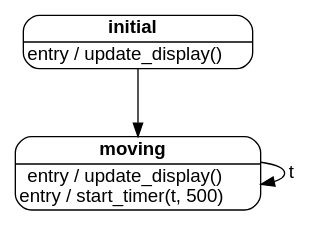
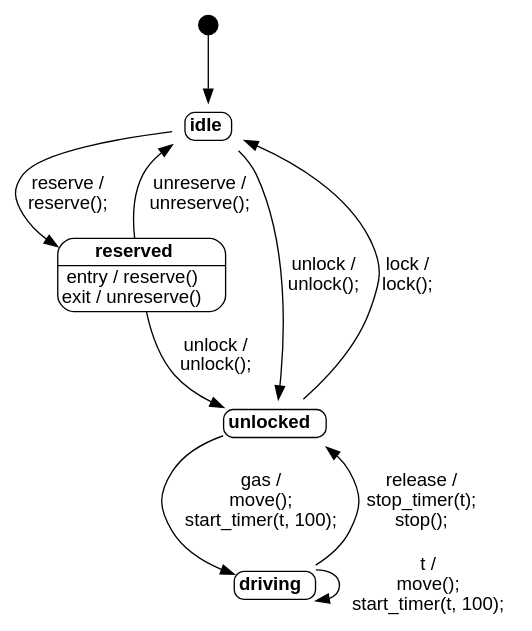
One commit to perhenrikgithub/ttm4115-komsys-project changed the diagram in graph.gv. Above: the diagram before and after it, drawn with Graphviz. The commit also changed 7 other files, not shown here.

Commit message:
animation fix, lock and unlock screens

```diff
--- a/graph.gv
+++ b/graph.gv
@@ -1,9 +1,18 @@
 digraph G {
 node [shape=box style=rounded fontname=Helvetica];
 edge [ fontname=Helvetica ];
 initial [shape=point width=0.2];
-initial [shape=plaintext margin=0 label=<<TABLE BORDER="1" CELLBORDER="0" CELLSPACING="0" STYLE="ROUNDED"><TR><TD><B>initial</B></TD></TR>
-<HR/><TR><TD ALIGN="LEFT">entry / update_display()<BR/></TD></TR></TABLE>>];moving [shape=plaintext margin=0 label=<<TABLE BORDER="1" CELLBORDER="0" CELLSPACING="0" STYLE="ROUNDED"><TR><TD><B>moving</B></TD></TR>
-<HR/><TR><TD ALIGN="LEFT">entry / update_display()<BR/>entry / start_timer(t, 500)<BR/></TD></TR></TABLE>>];initial -> moving [label=" "]
-moving -> moving [label=" t"]
+idle [shape=plaintext margin=0 label=<<TABLE BORDER="1" CELLBORDER="0" CELLSPACING="0" STYLE="ROUNDED"><TR><TD><B>idle</B></TD></TR>
+</TABLE>>];reserved [shape=plaintext margin=0 label=<<TABLE BORDER="1" CELLBORDER="0" CELLSPACING="0" STYLE="ROUNDED"><TR><TD><B>reserved</B></TD></TR>
+<HR/><TR><TD ALIGN="LEFT">entry / reserve()<BR/>exit / unreserve()<BR/></TD></TR></TABLE>>];unlocked [shape=plaintext margin=0 label=<<TABLE BORDER="1" CELLBORDER="0" CELLSPACING="0" STYLE="ROUNDED"><TR><TD><B>unlocked</B></TD></TR>
+</TABLE>>];driving [shape=plaintext margin=0 label=<<TABLE BORDER="1" CELLBORDER="0" CELLSPACING="0" STYLE="ROUNDED"><TR><TD><B>driving</B></TD></TR>
+</TABLE>>];initial -> idle [label=" "]
+idle -> reserved [label=" reserve /\nreserve();\n"]
+reserved -> idle [label=" unreserve /\nunreserve();\n"]
+reserved -> unlocked [label=" unlock /\nunlock();\n"]
+idle -> unlocked [label=" unlock /\nunlock();\n"]
+unlocked -> idle [label=" lock /\nlock();\n"]
+unlocked -> driving [label=" gas /\nmove();\nstart_timer(t, 100);\n"]
+driving -> unlocked [label=" release /\nstop_timer(t);\nstop();\n"]
+driving -> driving [label=" t /\nmove();\nstart_timer(t, 100);\n"]
 }
```
